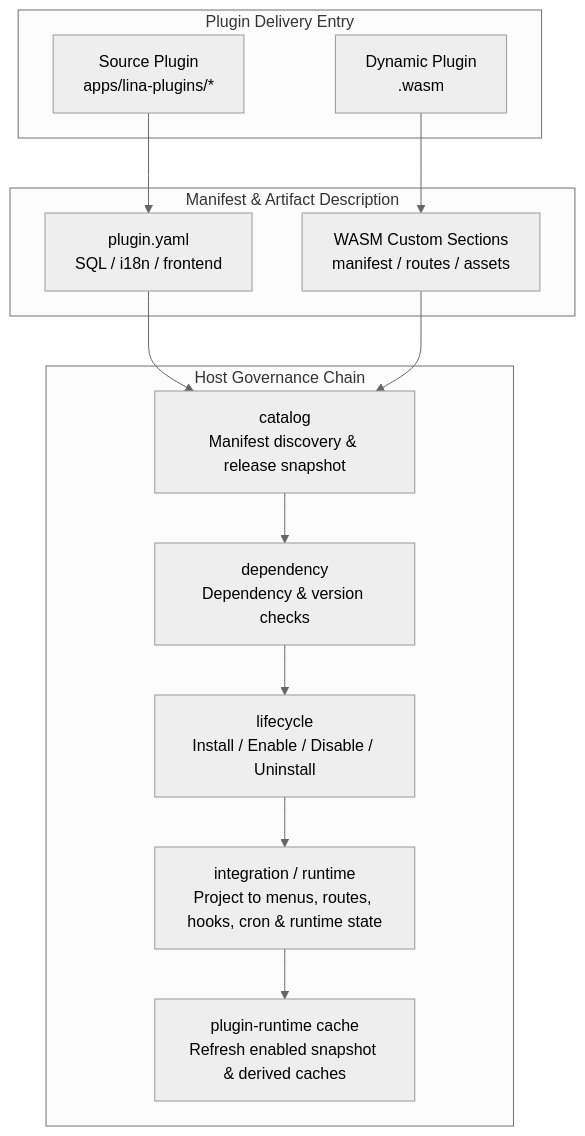
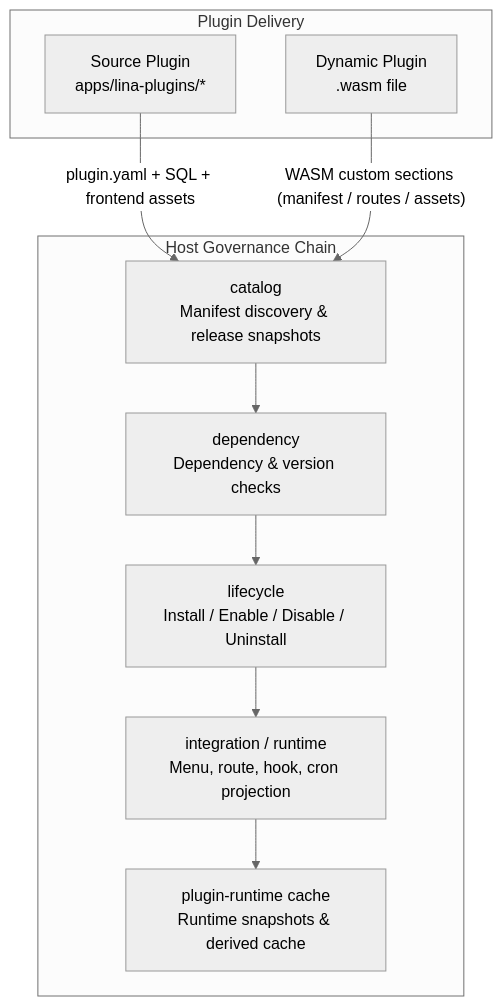
One commit to linaproai/linapro-site changed the first of 5 diagrams in apps/lina-site/i18n/en/docusaurus-plugin-content-docs/current/docs/2000-architecture/4000-plugin-system.md. Above: the diagram before and after it, drawn with Mermaid (neutral theme). The commit also changed other lines of this file and 6 other files, not shown here.

First line of the commit message:
docs(lina-site): rewrite architecture docs and sync EN translations

````diff
--- a/apps/lina-site/i18n/en/docusaurus-plugin-content-docs/current/docs/2000-architecture/4000-plugin-system.md
+++ b/apps/lina-site/i18n/en/docusaurus-plugin-content-docs/current/docs/2000-architecture/4000-plugin-system.md
@@ -39,29 +67,22 @@
 ```mermaid
 flowchart TD
-    subgraph Delivery["Plugin Delivery Entry"]
+    subgraph Delivery["Plugin Delivery"]
         Source["Source Plugin<br/>apps/lina-plugins/*"]
-        Dynamic["Dynamic Plugin<br/>.wasm"]
-    end
-
-    subgraph Manifest["Manifest & Artifact Description"]
-        SourceManifest["plugin.yaml<br/>SQL / i18n / frontend"]
-        Artifact["WASM Custom Sections<br/>manifest / routes / assets"]
+        Dynamic["Dynamic Plugin<br/>.wasm file"]
     end
 
     subgraph Pipeline["Host Governance Chain"]
-        Catalog["catalog<br/>Manifest discovery & release snapshot"]
+        Catalog["catalog<br/>Manifest discovery & release snapshots"]
         Dependency["dependency<br/>Dependency & version checks"]
         Lifecycle["lifecycle<br/>Install / Enable / Disable / Uninstall"]
-        Projection["integration / runtime<br/>Project to menus, routes, hooks, cron & runtime state"]
-        Cache["plugin-runtime cache<br/>Refresh enabled snapshot & derived caches"]
+        Integration["integration / runtime<br/>Menu, route, hook, cron projection"]
+        Cache["plugin-runtime cache<br/>Runtime snapshots & derived cache"]
     end
 
-    Source --> SourceManifest
-    Dynamic --> Artifact
-    SourceManifest --> Catalog
-    Artifact --> Catalog
+    Source -->|"plugin.yaml + SQL + frontend assets"| Catalog
+    Dynamic -->|"WASM custom sections (manifest / routes / assets)"| Catalog
     Catalog --> Dependency
     Dependency --> Lifecycle
-    Lifecycle --> Projection
-    Projection --> Cache
+    Lifecycle --> Integration
+    Integration --> Cache
 ```
````
